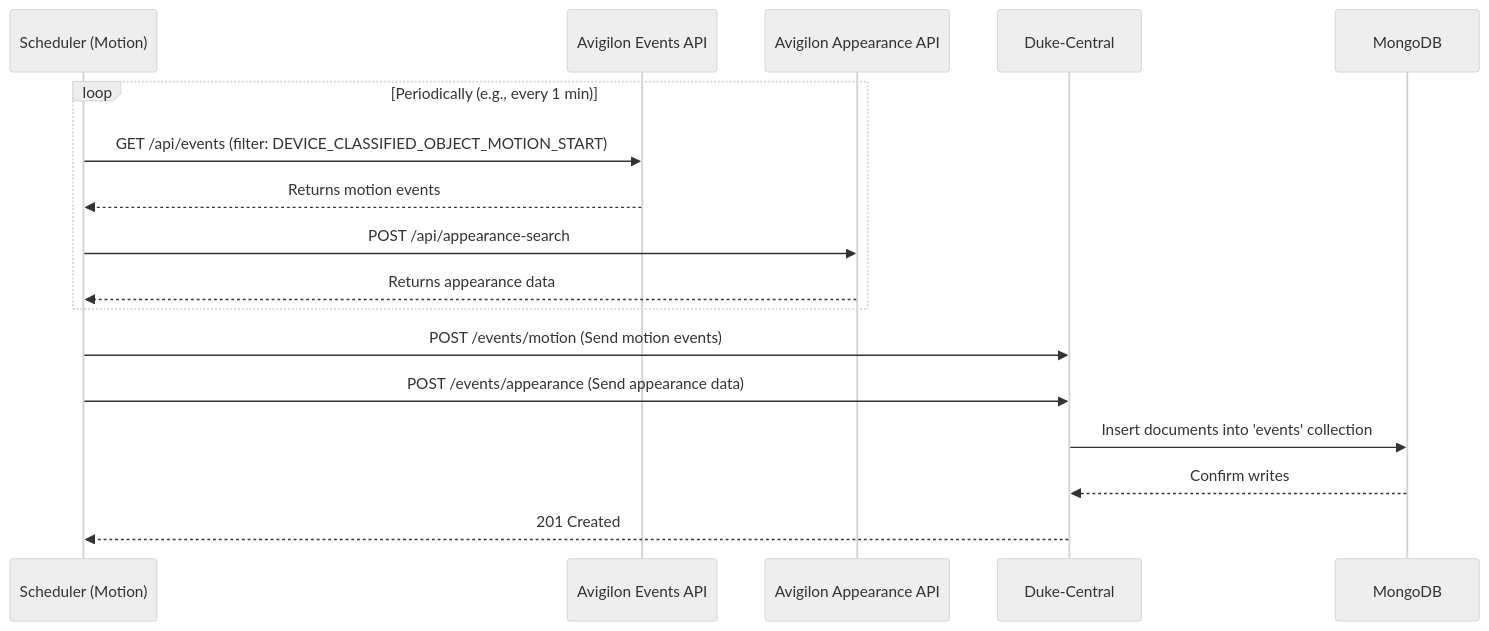
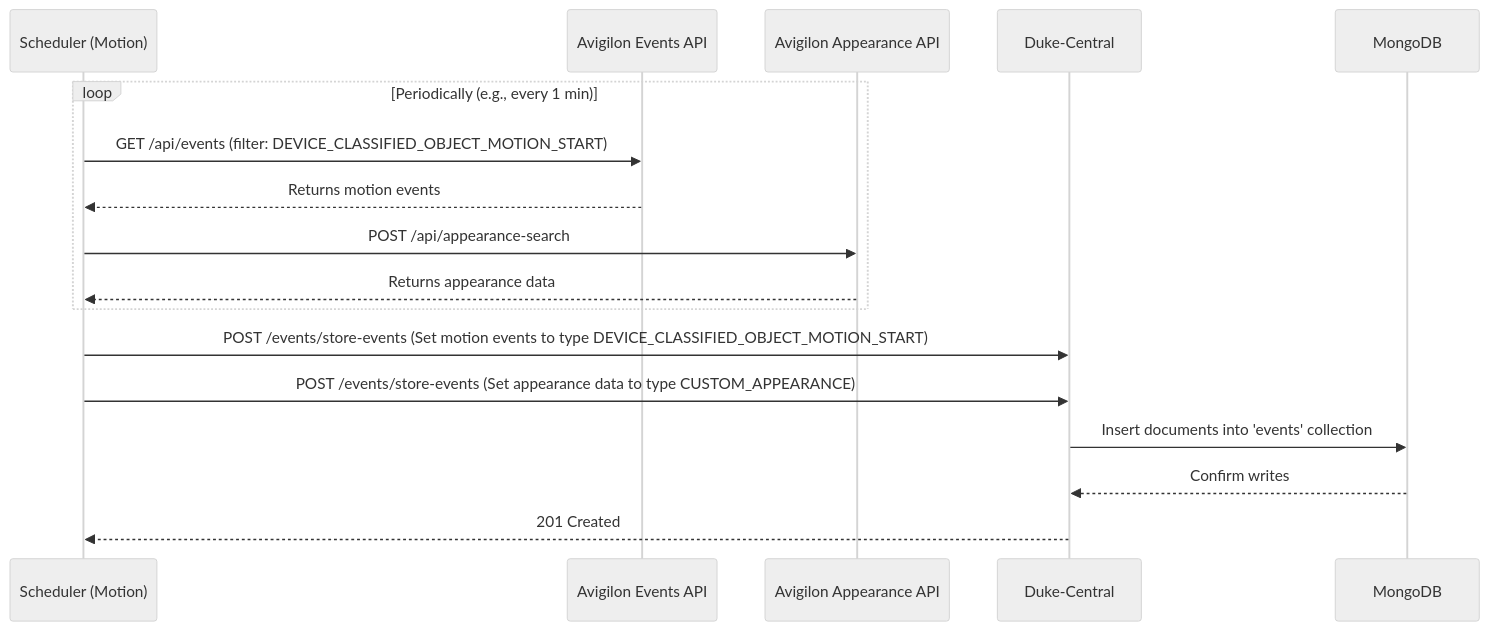
The second of 2 diagrams in Technical Avigilon API Data Flow.md (mscdw/Duke-Backend), drawn with Mermaid (neutral theme) before and after one commit.

Commit message:
Update Technical Avigilon API Data Flow.md

````diff
--- a/Technical Avigilon API Data Flow.md
+++ b/Technical Avigilon API Data Flow.md
@@ -55,24 +55,24 @@
 ```mermaid
   sequenceDiagram
     participant Scheduler (Motion)
     participant Avigilon Events API
     participant Avigilon Appearance API
     participant Duke-Central
     participant MongoDB
 
     loop Periodically (e.g., every 1 min)
         Scheduler (Motion)->>Avigilon Events API: GET /api/events (filter: DEVICE_CLASSIFIED_OBJECT_MOTION_START)
         Avigilon Events API-->>Scheduler (Motion): Returns motion events
 
         Scheduler (Motion)->>Avigilon Appearance API: POST /api/appearance-search
         Avigilon Appearance API-->>Scheduler (Motion): Returns appearance data
     end
 
-    Scheduler (Motion)->>Duke-Central: POST /events/motion (Send motion events)
-    Scheduler (Motion)->>Duke-Central: POST /events/appearance (Send appearance data)
+    Scheduler (Motion)->>Duke-Central: POST /events/store-events (Set motion events to type DEVICE_CLASSIFIED_OBJECT_MOTION_START)
+    Scheduler (Motion)->>Duke-Central: POST /events/store-events (Set appearance data to type CUSTOM_APPEARANCE)
 
     Duke-Central->>MongoDB: Insert documents into 'events' collection
     MongoDB-->>Duke-Central: Confirm writes
     Duke-Central-->>Scheduler (Motion): 201 Created
 
 ```
````
